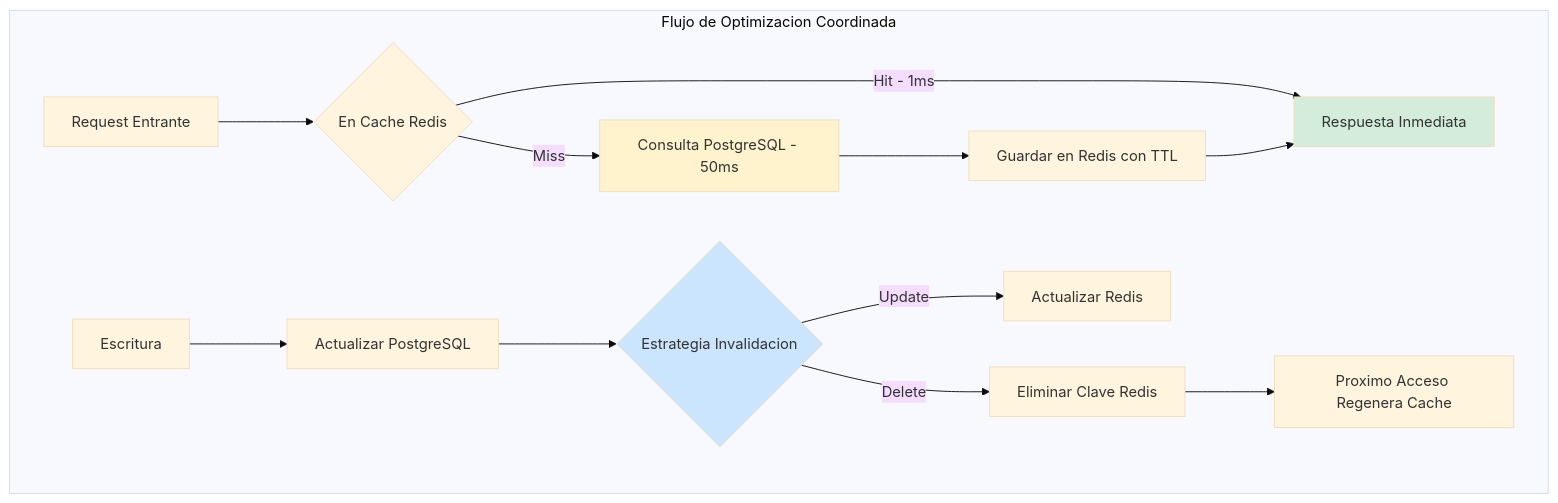
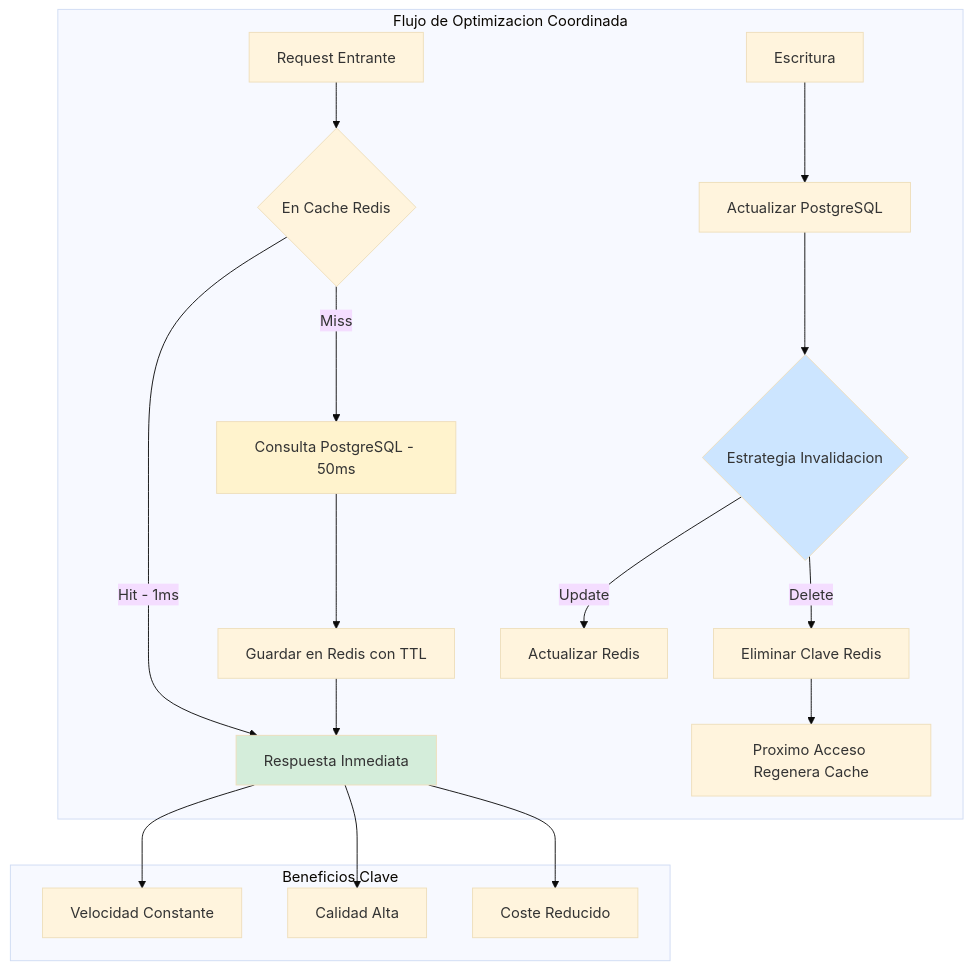
The first of 4 diagrams in 04_Bases_de_Datos/optimizacion_jvm_y_cache_distribuida_redis_java_21_STAFF.md (Joaquinriosheredia/DAM-Java-Mastery), drawn with Mermaid (base theme) before and after one commit. The commit also changed other lines of this file, not shown here.

````diff
--- a/04_Bases_de_Datos/optimizacion_jvm_y_cache_distribuida_redis_java_21_STAFF.md
+++ b/04_Bases_de_Datos/optimizacion_jvm_y_cache_distribuida_redis_java_21_STAFF.md
@@ -56,20 +95,26 @@
 ```mermaid
 graph TD
     subgraph "Flujo de Optimizacion Coordinada"
         REQ[Request Entrante] --> CACHE{En Cache Redis}
         CACHE -->|Hit - 1ms| RESP[Respuesta Inmediata]
         CACHE -->|Miss| BD[Consulta PostgreSQL - 50ms]
         BD --> SAVE[Guardar en Redis con TTL]
         SAVE --> RESP
         
         WRITE[Escritura] --> UPDATE[Actualizar PostgreSQL]
         UPDATE --> INVALID{Estrategia Invalidacion}
         INVALID -->|Delete| DEL[Eliminar Clave Redis]
         INVALID -->|Update| REF[Actualizar Redis]
         DEL --> REGEN[Proximo Acceso Regenera Cache]
     end
     
+    subgraph "Beneficios Clave"
+        RESP --> SPEED[Velocidad Constante]
+        RESP --> QUALITY[Calidad Alta]
+        RESP --> COST[Coste Reducido]
+    end
+    
     style RESP fill:#d4edda
     style BD fill:#fff3cd
     style INVALID fill:#cce5ff
 ```
````
